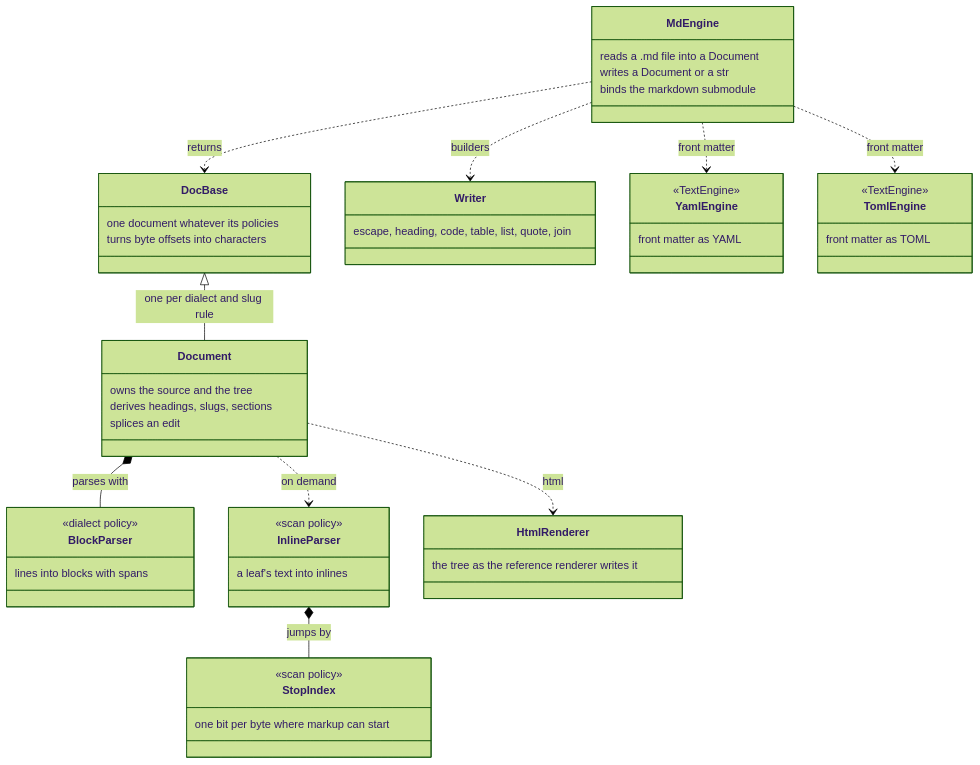
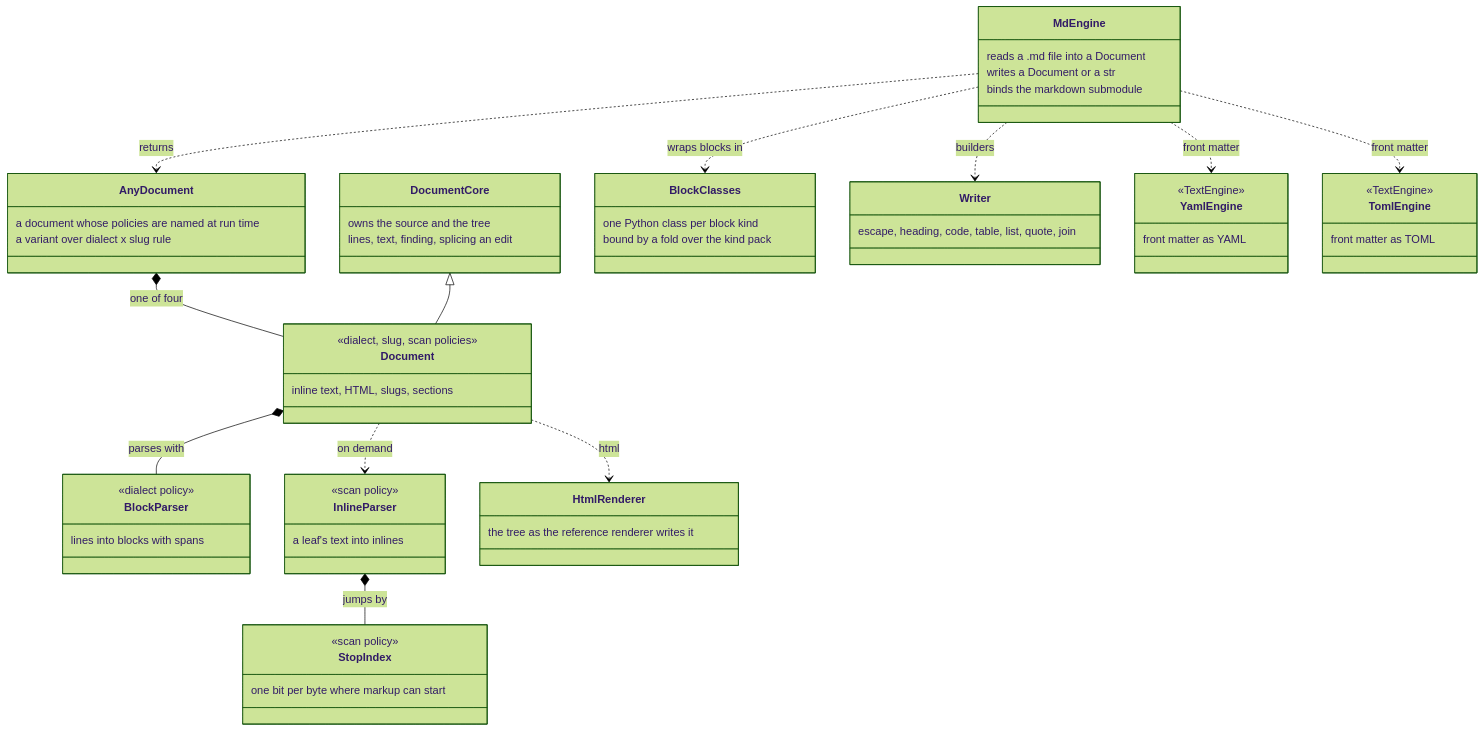
The second of 3 diagrams in docs/design/pathlike_markdown.md (Debith/pygim), drawn with Mermaid (forest theme) before and after one commit. The commit also changed other lines of this file and 15 other files, not shown here.

First line of the commit message:
markdown: block kinds are classes, policies are chosen in the core, no test hooks in a release

````diff
--- a/docs/design/pathlike_markdown.md
+++ b/docs/design/pathlike_markdown.md
@@ -148,53 +148,62 @@
 ```mermaid
 classDiagram
     direction TB
     class MdEngine {
         reads a .md file into a Document
         writes a Document or a str
         binds the markdown submodule
     }
-    class DocBase {
-        one document whatever its policies
-        turns byte offsets into characters
+    class AnyDocument {
+        a document whose policies are named at run time
+        a variant over dialect x slug rule
+    }
+    class DocumentCore {
+        owns the source and the tree
+        lines, text, finding, splicing an edit
     }
     class Document {
-        owns the source and the tree
-        derives headings, slugs, sections
-        splices an edit
+        <<dialect, slug, scan policies>>
+        inline text, HTML, slugs, sections
+    }
+    class BlockClasses {
+        one Python class per block kind
+        bound by a fold over the kind pack
     }
     class BlockParser {
         <<dialect policy>>
         lines into blocks with spans
     }
     class InlineParser {
         <<scan policy>>
         a leaf's text into inlines
     }
     class StopIndex {
         <<scan policy>>
         one bit per byte where markup can start
     }
     class HtmlRenderer {
         the tree as the reference renderer writes it
     }
     class Writer {
         escape, heading, code, table, list, quote, join
     }
     class YamlEngine {
         <<TextEngine>>
         front matter as YAML
     }
     class TomlEngine {
         <<TextEngine>>
         front matter as TOML
     }
-    MdEngine ..> DocBase : returns
-    DocBase <|-- Document : one per dialect and slug rule
+    MdEngine ..> AnyDocument : returns
+    AnyDocument *-- Document : one of four
+    DocumentCore <|-- Document
+    MdEngine ..> BlockClasses : wraps blocks in
     Document *-- BlockParser : parses with
     Document ..> InlineParser : on demand
     Document ..> HtmlRenderer : html
     InlineParser *-- StopIndex : jumps by
     MdEngine ..> YamlEngine : front matter
     MdEngine ..> TomlEngine : front matter
     MdEngine ..> Writer : builders
 ```
````
